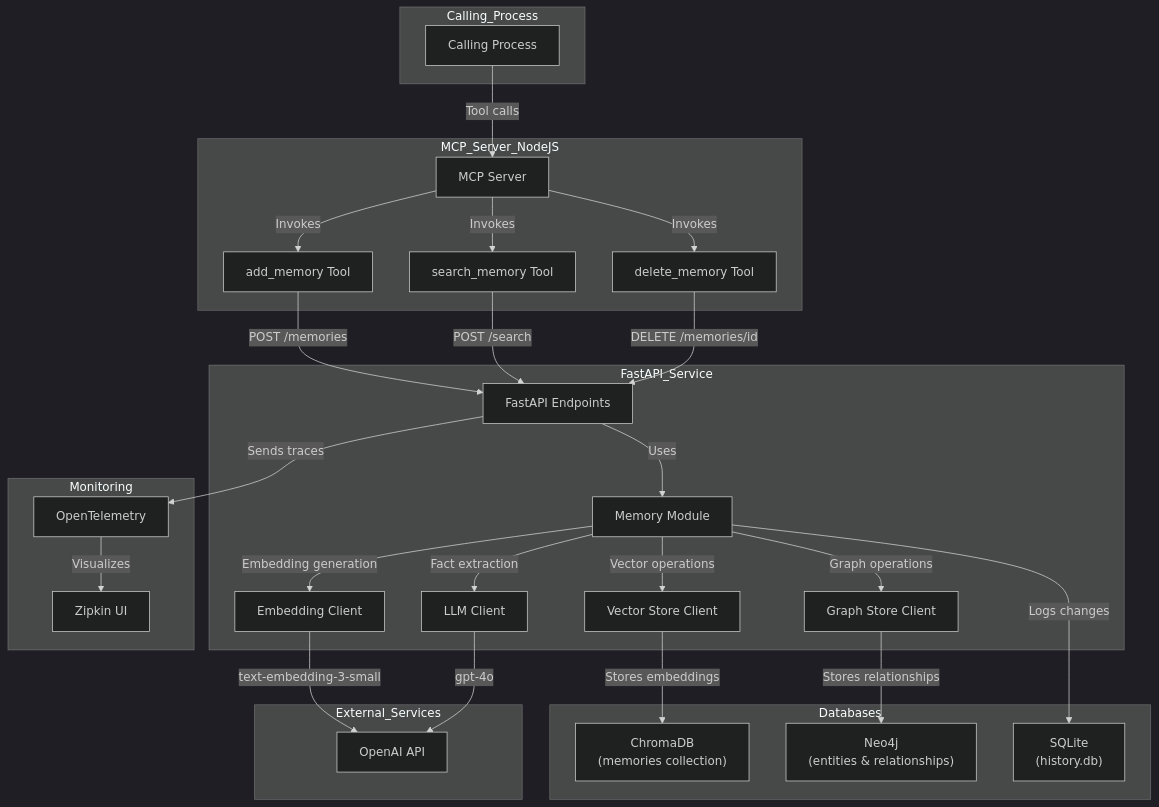
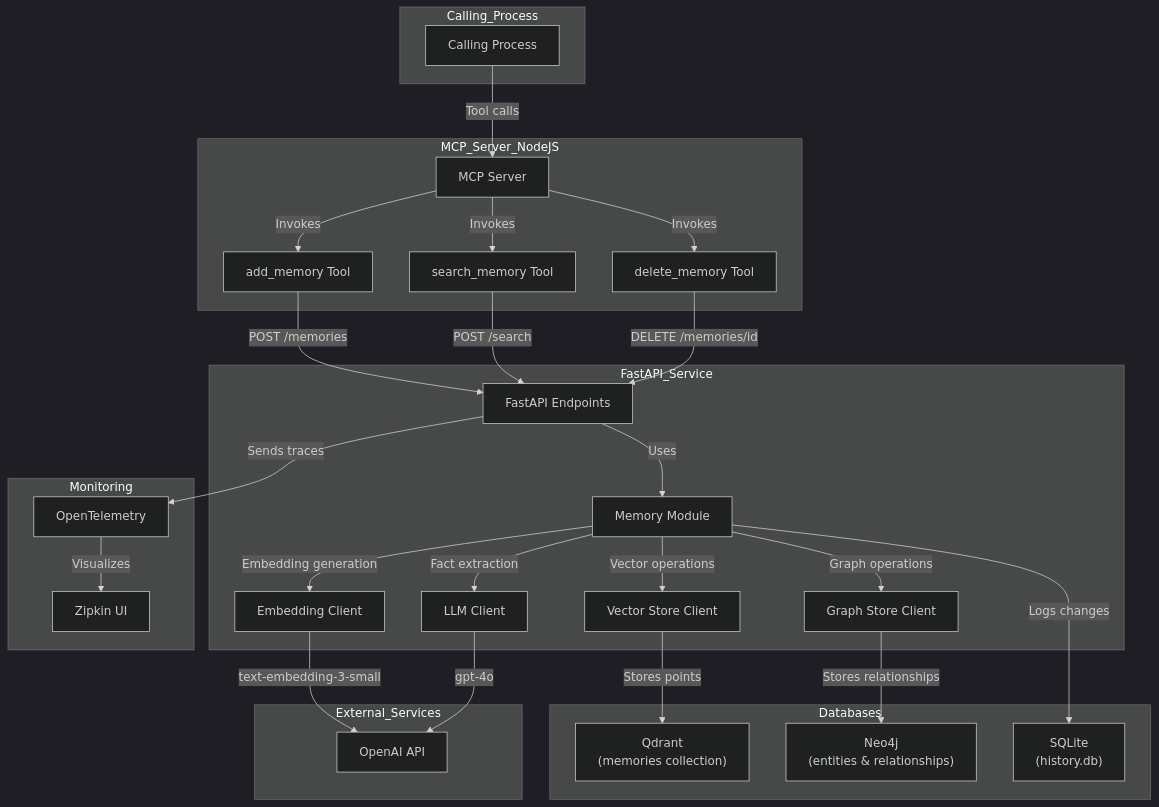
Before and after one commit to darrynv/dangeroo: the third of 11 diagrams in dangeroo-mem0-mcp/docs/dangeroo-architecture.md, drawn with Mermaid (dark theme). The commit also changed other lines of this file and 7 other files, not shown here.

````diff
--- a/dangeroo-mem0-mcp/docs/dangeroo-architecture.md
+++ b/dangeroo-mem0-mcp/docs/dangeroo-architecture.md
@@ -82,60 +82,60 @@
 ```mermaid
 graph TD
     subgraph Calling_Process
         CallingProcess["Calling Process"]
     end
 
     subgraph MCP_Server_NodeJS
         MCP["MCP Server"]
         AddTool["add_memory Tool"]
         SearchTool["search_memory Tool"]
         DeleteTool["delete_memory Tool"]
     end
 
     subgraph FastAPI_Service
         API["FastAPI Endpoints"]
         MemoryModule["Memory Module"]
         VectorStore["Vector Store Client"]
         GraphStore["Graph Store Client"]
         EmbeddingClient["Embedding Client"]
         LLMClient["LLM Client"]
     end
 
     subgraph Databases
-        ChromaDB["ChromaDB\n(memories collection)"]
+        QdrantDB["Qdrant\n(memories collection)"]
         Neo4jDB["Neo4j\n(entities & relationships)"]
         HistoryDB["SQLite\n(history.db)"]
     end
 
     subgraph External_Services
         OpenAIAPI["OpenAI API"]
     end
 
     subgraph Monitoring
         OTEL["OpenTelemetry"]
         ZipkinUI["Zipkin UI"]
     end
 
     CallingProcess -->|Tool calls| MCP
     MCP -->|Invokes| AddTool & SearchTool & DeleteTool
     
     AddTool -->|POST /memories| API
     SearchTool -->|POST /search| API
     DeleteTool -->|DELETE /memories/id| API
     
     API -->|Uses| MemoryModule
     MemoryModule -->|Vector operations| VectorStore
     MemoryModule -->|Graph operations| GraphStore
     MemoryModule -->|Embedding generation| EmbeddingClient
     MemoryModule -->|Fact extraction| LLMClient
     
-    VectorStore -->|Stores embeddings| ChromaDB
+    VectorStore -->|Stores points| QdrantDB
     GraphStore -->|Stores relationships| Neo4jDB
     MemoryModule -->|Logs changes| HistoryDB
     
     EmbeddingClient -->|text-embedding-3-small| OpenAIAPI
     LLMClient -->|gpt-4o| OpenAIAPI
     
     API -->|Sends traces| OTEL
     OTEL -->|Visualizes| ZipkinUI
 ```
````
